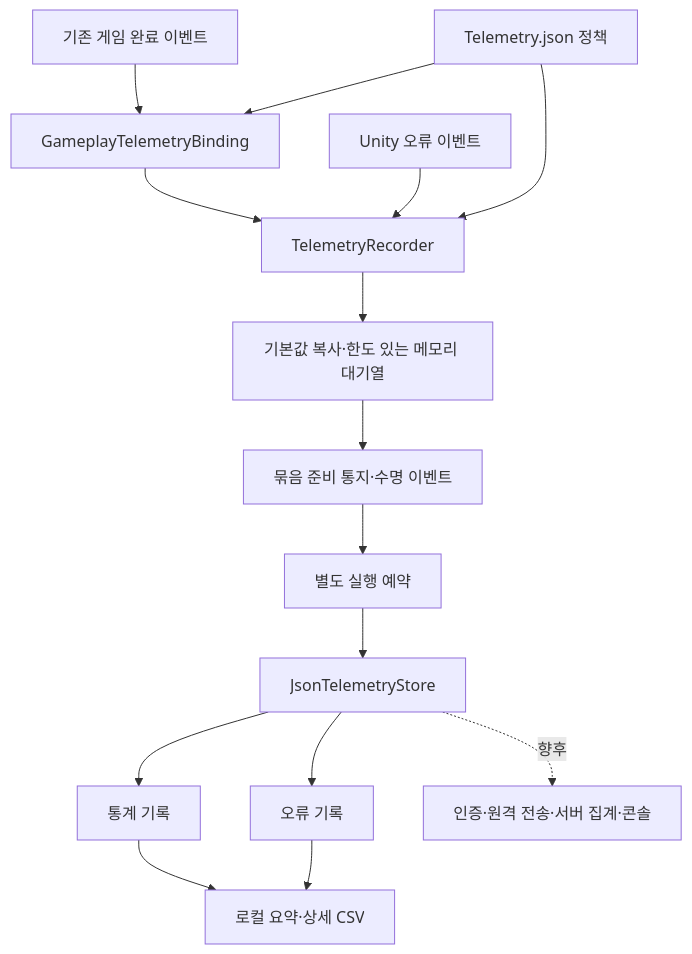
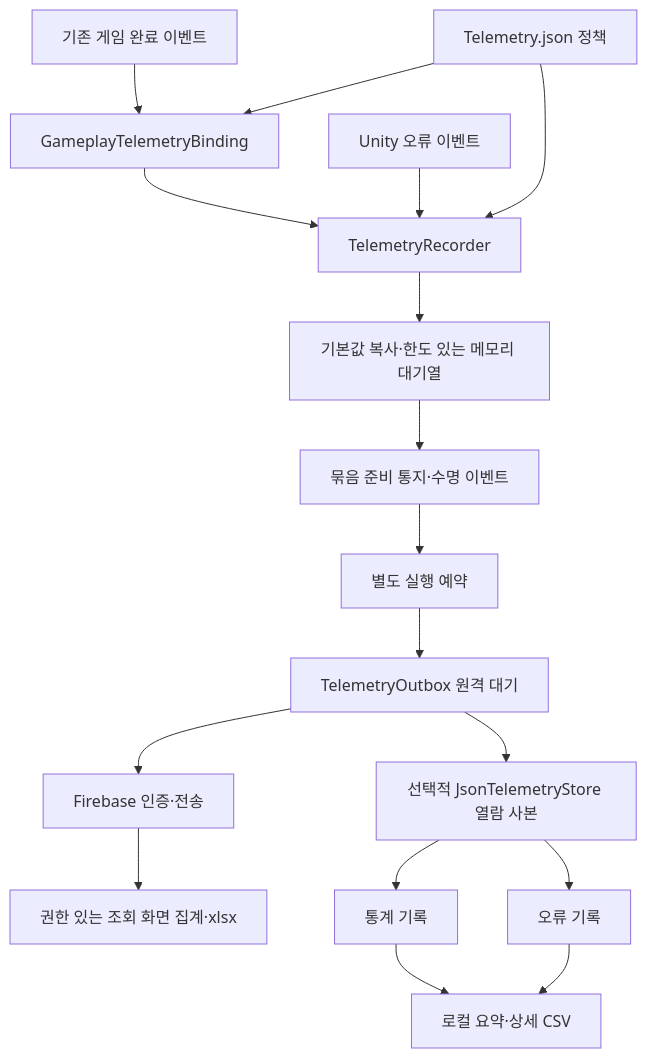
One commit to lkhwcf-arch/Human_Ghost- changed the first of 2 diagrams in Docs/개발자용 설계문서/플레이 통계와 오류 수집 설계.md. Above: the diagram before and after it, drawn with Mermaid. The commit also changed other lines of this file and 92 other files, not shown here.

````diff
--- a/Docs/개발자용 설계문서/플레이 통계와 오류 수집 설계.md
+++ b/Docs/개발자용 설계문서/플레이 통계와 오류 수집 설계.md
@@ -11,17 +21,19 @@
 ```mermaid
 flowchart TD
     A[기존 게임 완료 이벤트] --> B[GameplayTelemetryBinding]
     P[Telemetry.json 정책] --> B
     P --> C[TelemetryRecorder]
     B --> C
     L[Unity 오류 이벤트] --> C
     C --> D[기본값 복사·한도 있는 메모리 대기열]
     D --> E[묶음 준비 통지·수명 이벤트]
     E --> F[별도 실행 예약]
-    F --> G[JsonTelemetryStore]
-    G --> H[통계 기록]
-    G --> I[오류 기록]
+    F --> G[TelemetryOutbox 원격 대기]
+    G --> A1[Firebase 인증·전송]
+    A1 --> A2[권한 있는 조회 화면 집계·xlsx]
+    G --> A3[선택적 JsonTelemetryStore 열람 사본]
+    A3 --> H[통계 기록]
+    A3 --> I[오류 기록]
     H --> J[로컬 요약·상세 CSV]
     I --> J
-    G -. 향후 .-> K[인증·원격 전송·서버 집계·콘솔]
 ```
````
